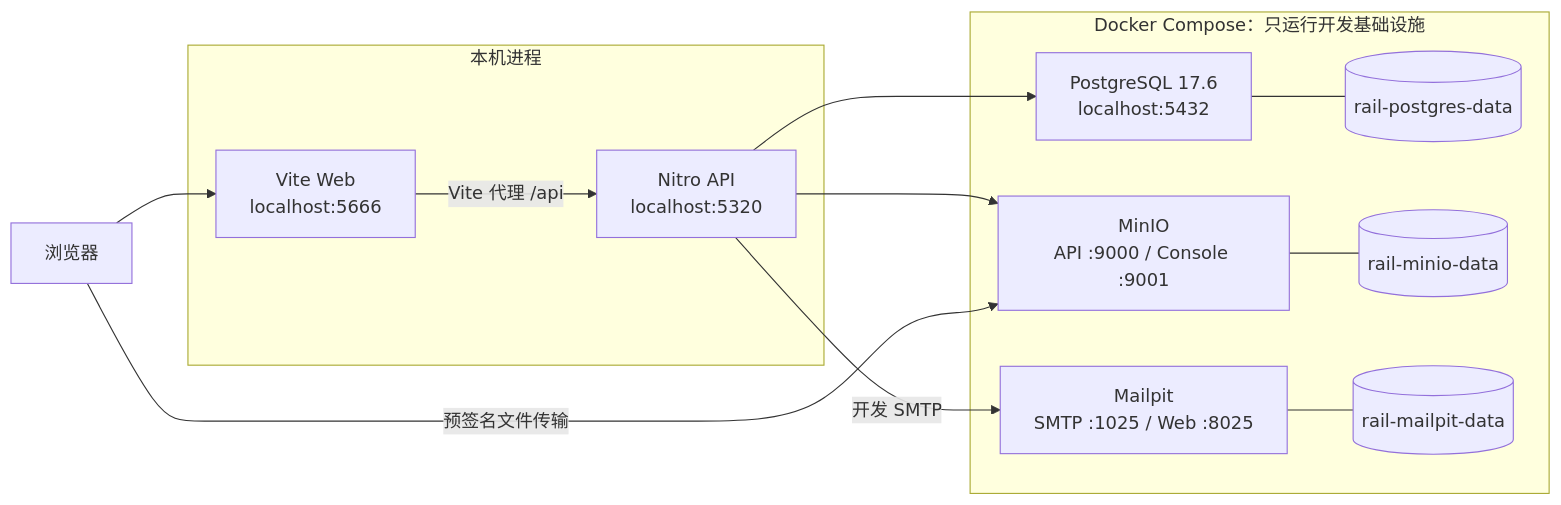
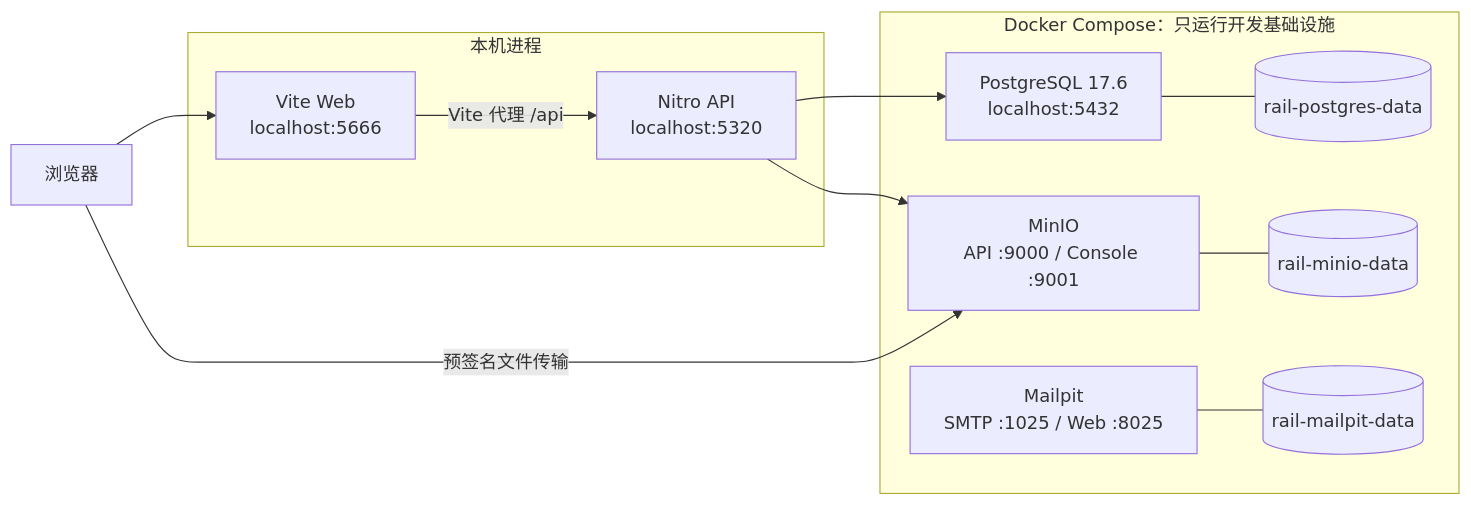
The second of 12 diagrams in docs/rail-platform/ARCHITECTURE.md (hywchina/vue-vben-admin), drawn with Mermaid before and after one commit. The commit also changed other lines of this file and 238 other files, not shown here.

````diff
--- a/docs/rail-platform/ARCHITECTURE.md
+++ b/docs/rail-platform/ARCHITECTURE.md
@@ -87,26 +116,25 @@
 ```mermaid
 flowchart LR
   subgraph Host["本机进程"]
     Web["Vite Web<br/>localhost:5666"]
     API["Nitro API<br/>localhost:5320"]
   end
 
   subgraph Docker["Docker Compose：只运行开发基础设施"]
     PG["PostgreSQL 17.6<br/>localhost:5432"]
     MinIO["MinIO<br/>API :9000 / Console :9001"]
     Mailpit["Mailpit<br/>SMTP :1025 / Web :8025"]
     PGVolume[("rail-postgres-data")]
     S3Volume[("rail-minio-data")]
     MailVolume[("rail-mailpit-data")]
     PG --- PGVolume
     MinIO --- S3Volume
     Mailpit --- MailVolume
   end
 
   Browser["浏览器"] --> Web
   Web -->|"Vite 代理 /api"| API
   API --> PG
   API --> MinIO
-  API -->|"开发 SMTP"| Mailpit
   Browser -->|"预签名文件传输"| MinIO
 ```
````
